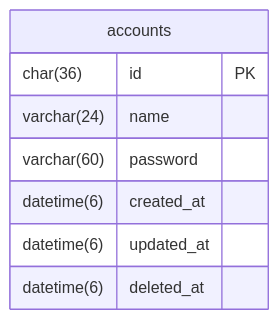
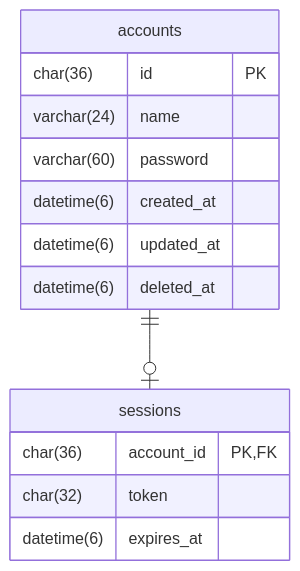
Before and after one commit to atsumarukun/holos-account-api: the diagram in docs/er-diagram.md, drawn with Mermaid.

Commit message:
create: セッションのER図を作成.

````diff
--- a/docs/er-diagram.md
+++ b/docs/er-diagram.md
@@ -1,12 +1,20 @@
 ```mermaid
 erDiagram
 
 accounts {
   char(36) id PK
   varchar(24) name
   varchar(60) password
   datetime(6) created_at
   datetime(6) updated_at
   datetime(6) deleted_at
 }
+
+sessions {
+  char(36) account_id PK, FK
+  char(32) token
+  datetime(6) expires_at
+}
+
+accounts ||--o| sessions: ""
 ```
````
